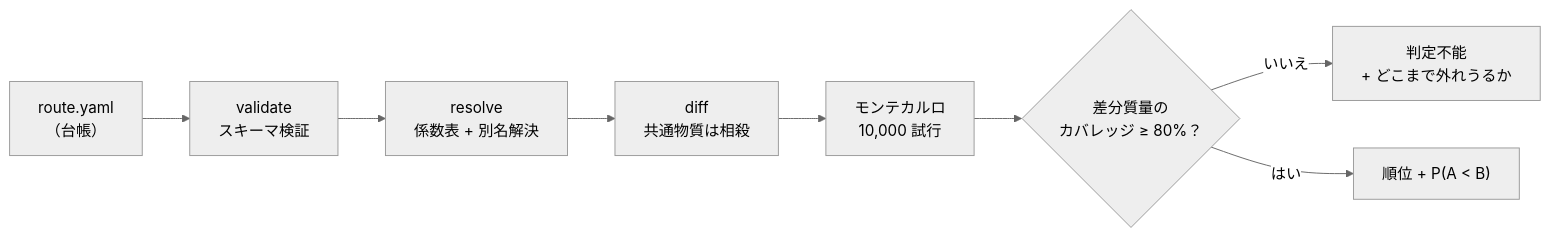
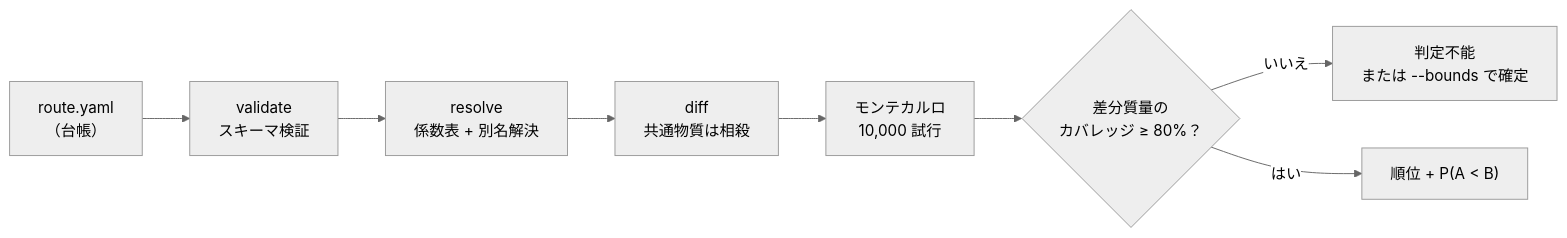
One commit to yktsnd/carbonroute changed the first of 2 diagrams in README.ja.md. Above: the diagram before and after it, drawn with Mermaid (neutral theme). The commit also changed other lines of this file and 1 other file, not shown here.

````diff
--- a/README.ja.md
+++ b/README.ja.md
@@ -73,10 +283,10 @@
 ```mermaid
 flowchart LR
     L["route.yaml<br/>（台帳）"] --> V["validate<br/>スキーマ検証"]
     V --> R["resolve<br/>係数表 + 別名解決"]
     R --> D["diff<br/>共通物質は相殺"]
     D --> M["モンテカルロ<br/>10,000 試行"]
     M --> G{"差分質量の<br/>カバレッジ ≥ 80%？"}
-    G -->|いいえ| I["判定不能<br/>+ どこまで外れうるか"]
+    G -->|いいえ| I["判定不能<br/>または --bounds で確定"]
     G -->|はい| O["順位 + P(A &lt; B)"]
 ```
````
